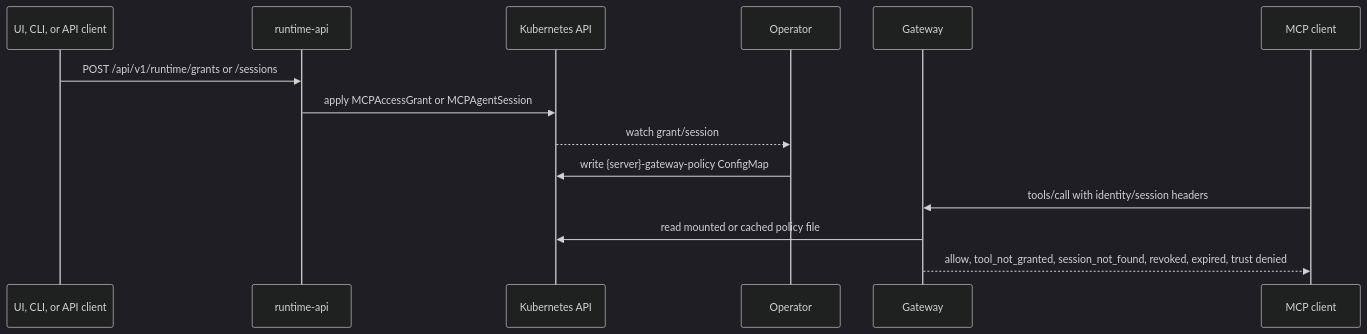
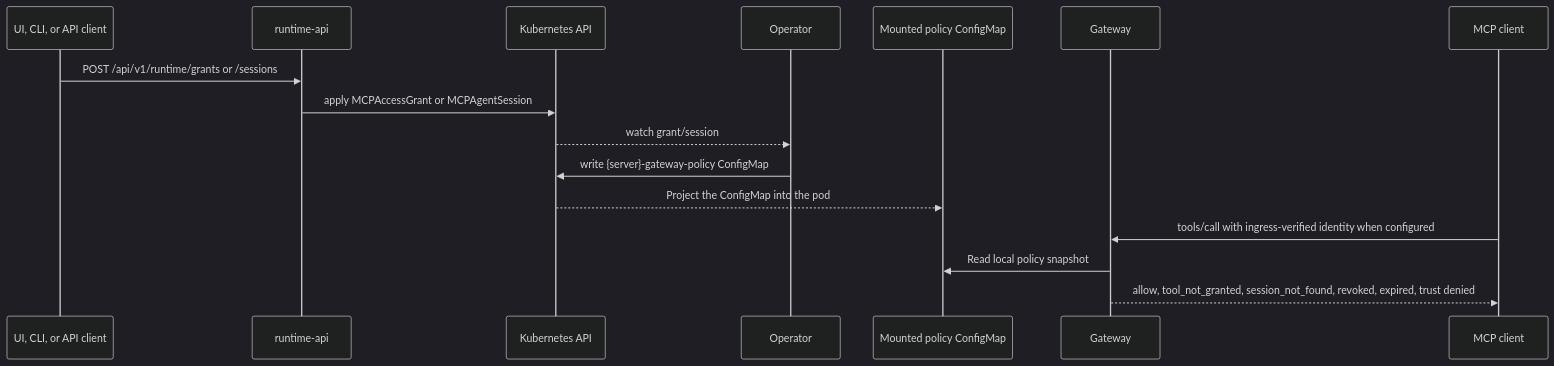
Before and after one commit to mcp-runtime/mcp-runtime: the sixth of 9 diagrams in docs/internals/request-flows.md, drawn with Mermaid (dark theme). The commit also changed other lines of this file and 59 other files, not shown here.

````diff
--- a/docs/internals/request-flows.md
+++ b/docs/internals/request-flows.md
@@ -216,17 +227,19 @@
 ```mermaid
 sequenceDiagram
     participant Caller as UI, CLI, or API client
     participant API as runtime-api
     participant K8s as Kubernetes API
     participant Operator
+    participant Policy as Mounted policy ConfigMap
     participant Gateway
     participant Client as MCP client
 
     Caller->>API: POST /api/v1/runtime/grants or /sessions
     API->>K8s: apply MCPAccessGrant or MCPAgentSession
     K8s-->>Operator: watch grant/session
     Operator->>K8s: write {server}-gateway-policy ConfigMap
-    Client->>Gateway: tools/call with identity/session headers
-    Gateway->>K8s: read mounted or cached policy file
+    K8s-->>Policy: Project the ConfigMap into the pod
+    Client->>Gateway: tools/call with ingress-verified identity when configured
+    Gateway->>Policy: Read local policy snapshot
     Gateway-->>Client: allow, tool_not_granted, session_not_found, revoked, expired, trust denied
 ```
````
